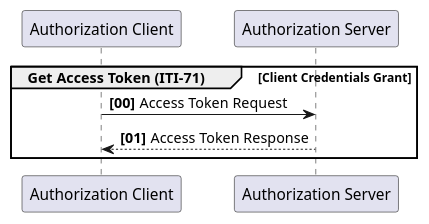
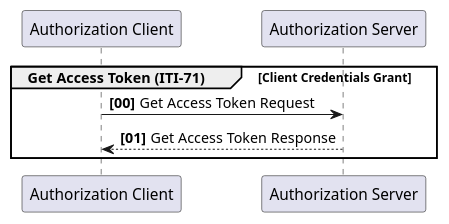
The second of 6 diagrams in IHE_ITI_Suppl_IUA.md (IHE/ITI.IUA), drawn with PlantUML before and after one commit. The commit also changed 1 other file, not shown here.

Commit message:
Fixed: Figure 3.71.4.1.2.1-1 #46

````diff
--- a/IHE_ITI_Suppl_IUA.md
+++ b/IHE_ITI_Suppl_IUA.md
@@ -605,17 +605,17 @@
 ```plantuml
 @startuml client-credential-grant
 
 participant "Authorization Client" as Client
 participant "Authorization Server" as AuthzServer
 
 autonumber 0 1 "<b>[00]</b>"
 
 group Get Access Token (ITI-71) [Client Credentials Grant]
-Client -> AuthzServer: Access Token Request
-AuthzServer --> Client: Access Token Response
+Client -> AuthzServer: Get Access Token Request
+AuthzServer --> Client: Get Access Token Response
 end
 
 autonumber stop
 
 @enduml
 ```
````
